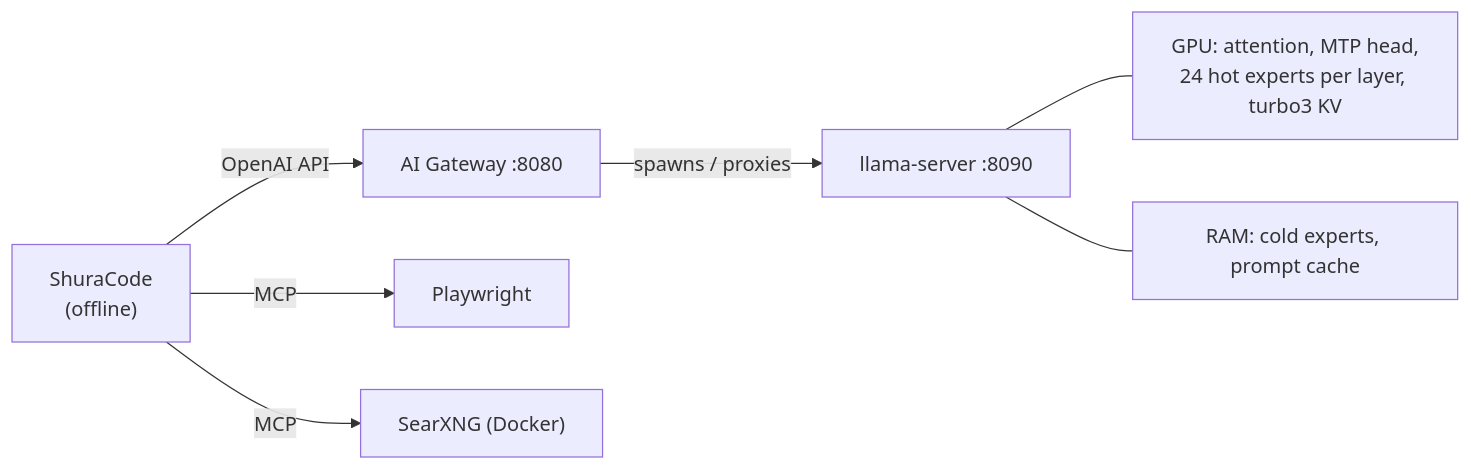
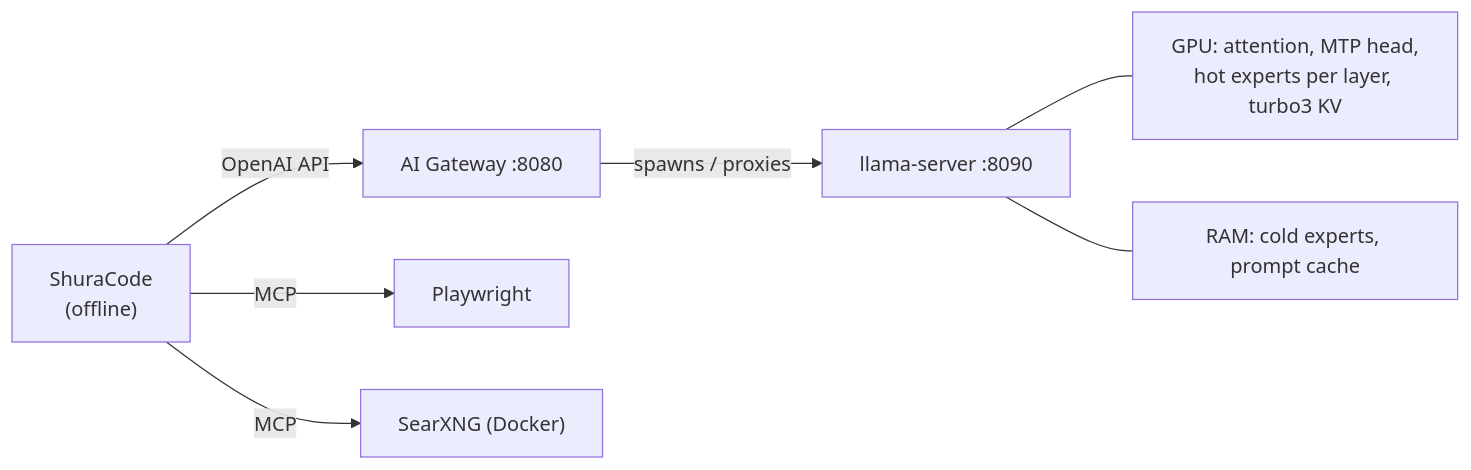
One commit to hikkian/shura changed the diagram in README.md. Above: the diagram before and after it, drawn with Mermaid. The commit also changed other lines of this file and 1 other file, not shown here.

````diff
--- a/README.md
+++ b/README.md
@@ -101,9 +126,9 @@
 ```mermaid
 flowchart LR
     OC["ShuraCode<br/>(offline)"] -- OpenAI API --> GW["AI Gateway :8080"]
     GW -- spawns / proxies --> LS["llama-server :8090"]
-    LS --- GPU["GPU: attention, MTP head,<br/>24 hot experts per layer, turbo3 KV"]
+    LS --- GPU["GPU: attention, MTP head,<br/>hot experts per layer, turbo3 KV"]
     LS --- CPU["RAM: cold experts, prompt cache"]
     OC -- MCP --> PW["Playwright"]
     OC -- MCP --> SX["SearXNG (Docker)"]
 ```
````
